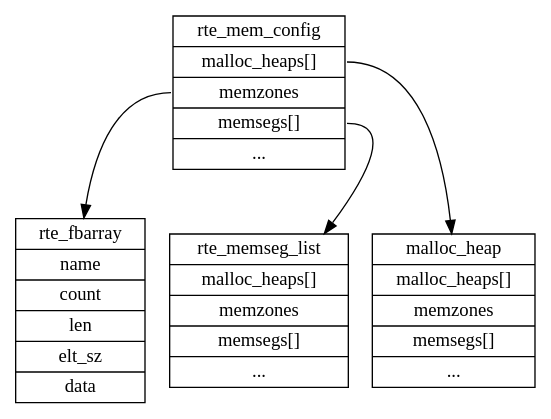
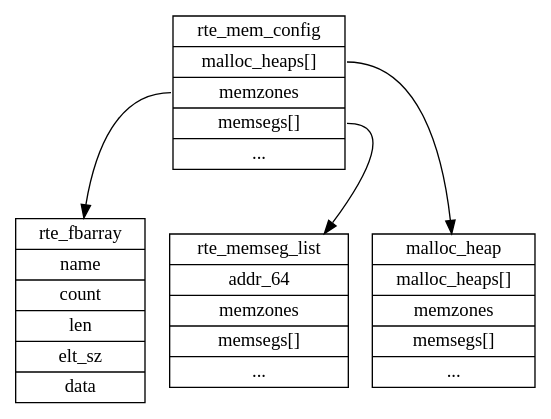
Before and after one commit to sisyphus1212/note: the diagram in dpdk/内存管理.md, drawn with Graphviz.

Commit message:
auto_update

````diff
--- a/dpdk/内存管理.md
+++ b/dpdk/内存管理.md
@@ -16,48 +16,48 @@
 ```graphviz
 digraph {
 	rte_mem_config[
 		label = "{
 		<f0>rte_mem_config|
         <f1>malloc_heaps[]|
 		<f2>memzones|
 		<f3>memsegs[]|
 		<f4>...
 		}",
 		shape = "record"
 	];
 	rte_fbarray[
 		label = "{
 		rte_fbarray|
         name|
 		count|
 		len|
 		elt_sz|
 		data
 		}",
 		shape = "record"
 	];
 	rte_memseg_list[
 		label = "{
 		<f0>rte_memseg_list|
-		<f1>malloc_heaps[]|
+		<f1>addr_64|
 		<f2>memzones|
 		<f3>memsegs[]|
 		<f4>...
 		}",
 		shape = "record"
 	];
 	malloc_heap[
 		label = "{
 		malloc_heap|
         malloc_heaps[]|
 		memzones|
 		memsegs[]|
 		...
 		}",
 		shape = "record"
 	];
 	rte_mem_config:f1 -> malloc_heap
 	rte_mem_config:f2 -> rte_fbarray
 	rte_mem_config:f3 -> rte_memseg_list
 }
 ```
````
